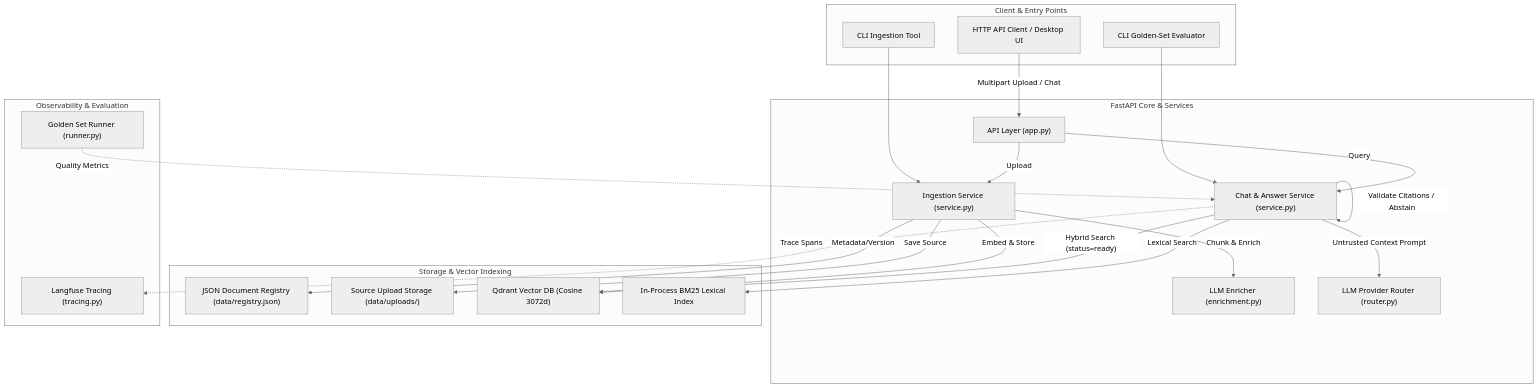
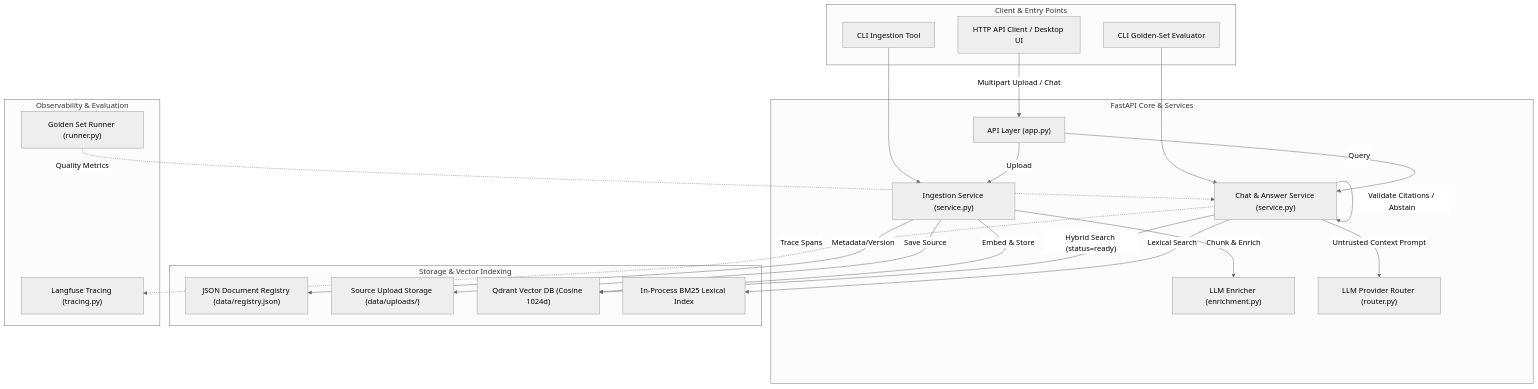
Before and after one commit to tunganhnguyen0210/Company-knowledge-RAG: the first of 3 diagrams in ARCHITECTURE.md, drawn with Mermaid (neutral theme). The commit also changed other lines of this file and 43 other files, not shown here.

````diff
--- a/ARCHITECTURE.md
+++ b/ARCHITECTURE.md
@@ -12,48 +12,48 @@
 ```mermaid
 graph TB
     subgraph Client["Client & Entry Points"]
         HTTP["HTTP API Client / Desktop UI"]
         CLI_Ingest["CLI Ingestion Tool"]
         CLI_Eval["CLI Golden-Set Evaluator"]
     end
 
     subgraph Backend["FastAPI Core & Services"]
         API["API Layer (app.py)"]
         IngestService["Ingestion Service (service.py)"]
         ChatService["Chat & Answer Service (service.py)"]
         Enricher["LLM Enricher (enrichment.py)"]
         LLMRouter["LLM Provider Router (router.py)"]
     end
 
     subgraph DataLayer["Storage & Vector Indexing"]
         Registry["JSON Document Registry (data/registry.json)"]
         SourceStorage["Source Upload Storage (data/uploads/)"]
-        Qdrant["Qdrant Vector DB (Cosine 3072d)"]
+        Qdrant["Qdrant Vector DB (Cosine 1024d)"]
         BM25["In-Process BM25 Lexical Index"]
     end
 
     subgraph Observability["Observability & Evaluation"]
         Langfuse["Langfuse Tracing (tracing.py)"]
         GoldenEval["Golden Set Runner (runner.py)"]
     end
 
     HTTP -->|Multipart Upload / Chat| API
     CLI_Ingest --> IngestService
     CLI_Eval --> ChatService
 
     API -->|Upload| IngestService
     API -->|Query| ChatService
 
     IngestService -->|Save Source| SourceStorage
     IngestService -->|Metadata/Version| Registry
     IngestService -->|Chunk & Enrich| Enricher
     IngestService -->|Embed & Store| Qdrant
 
     ChatService -->|"Hybrid Search (status=ready)"| Qdrant
     ChatService -->|Lexical Search| BM25
     ChatService -->|Untrusted Context Prompt| LLMRouter
     ChatService -->|Validate Citations / Abstain| ChatService
 
     ChatService -.->|Trace Spans| Langfuse
     GoldenEval -.->|Quality Metrics| ChatService
 ```
````
